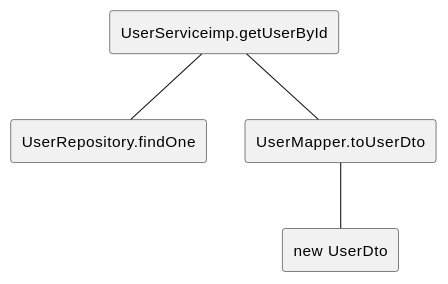
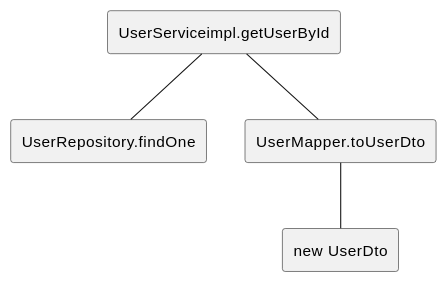
The first of 31 diagrams in docs/DependencyTrees.md (polito-se2-2020-team6/ezgas), drawn with PlantUML before and after one commit. The commit also changed other lines of this file and 1 other file, not shown here.

````diff
--- a/docs/DependencyTrees.md
+++ b/docs/DependencyTrees.md
@@ -7,15 +7,15 @@
 ```plantuml
 @startuml
 
-agent UserServiceimp.getUserById as m1
-agent UserRepository.findOne as m2
-agent UserMapper.toUserDto as m3
-agent "new UserDto" as m4
+agent UserServiceimpl.getUserById as getUserById
+agent UserRepository.findOne as findOne
+agent UserMapper.toUserDto as toUSerDto
+agent "new UserDto" as newUserDto
 
-m1 -- m2
-m1 -- m3
+getUserById -- findOne
+getUserById -- toUSerDto
 
-m3 -- m4
+toUSerDto -- newUserDto
 
 @enduml
 ```
````
